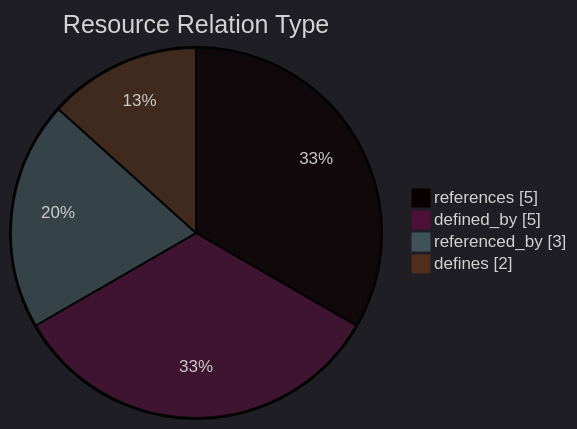
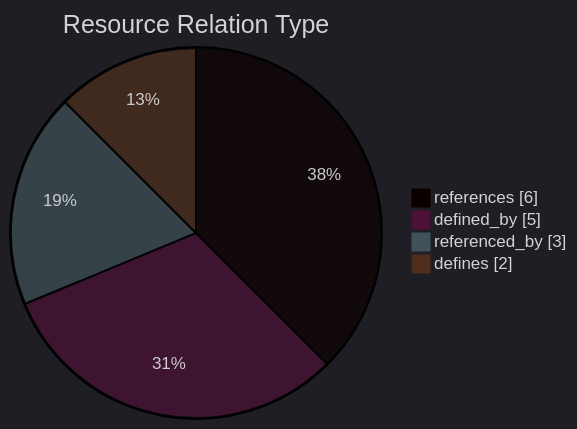
The diagram in datastore_tracker/resource_relation_type_pie_chart.md (open-data/analytics-corporate-reporting), drawn with Mermaid before and after one commit. The commit also changed 9 other files, not shown here.

````diff
--- a/datastore_tracker/resource_relation_type_pie_chart.md
+++ b/datastore_tracker/resource_relation_type_pie_chart.md
@@ -2,11 +2,11 @@
 ```mermaid
 ---
 config:
   theme: dark
 ---
 pie showData title Resource Relation Type
-    "references": 5
+    "references": 6
     "defined_by": 5
     "referenced_by": 3
     "defines": 2
 ```
````
